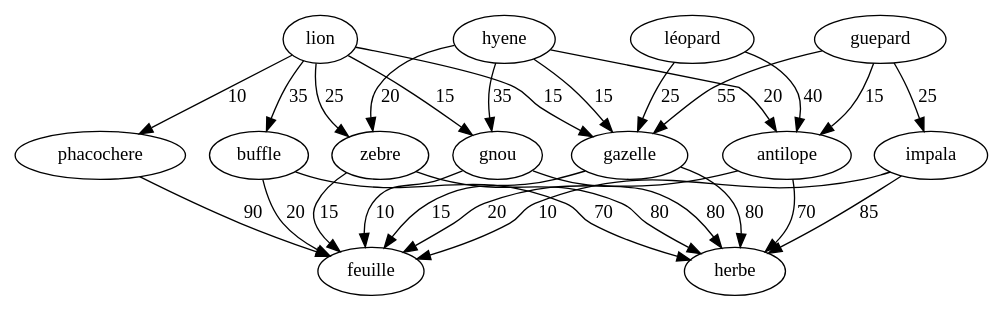
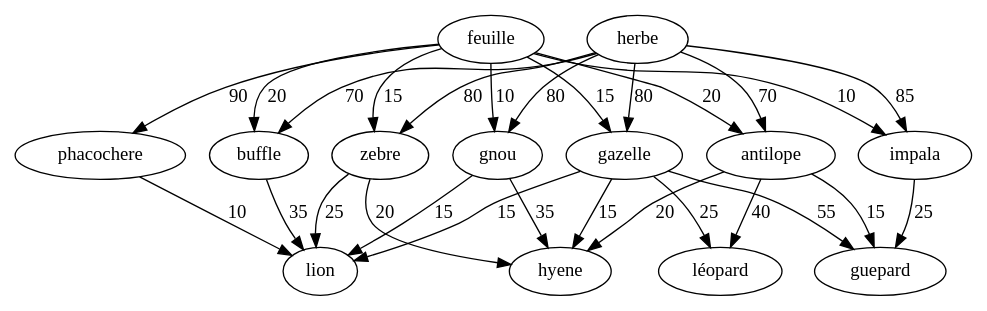
Before and after one commit to Thierryhuang12/projetTG: the diagram in projet_th/cmake-build-debug/graphe.dot, drawn with Graphviz. The commit also changed other lines of this file and 9 other files, not shown here.

```diff
--- a/projet_th/cmake-build-debug/graphe.dot
+++ b/projet_th/cmake-build-debug/graphe.dot
@@ -1,29 +1,30 @@
 digraph mongraphe {
-lion -> phacochere [label="10"];
-lion -> buffle [label="35"];
-lion -> zebre [label="25"];
-lion -> gnou [label="15"];
-lion -> gazelle [label="15"];
-léopard -> antilope [label="40"];
-léopard -> gazelle [label="25"];
-guepard -> gazelle [label="55"];
-guepard -> impala [label="25"];
-guepard -> antilope [label="15"];
-hyene -> gnou [label="35"];
-hyene -> zebre [label="20"];
-hyene -> gazelle [label="15"];
-hyene -> antilope [label="20"];
-phacochere -> feuille [label="90"];
-gazelle -> herbe [label="80"];
-gazelle -> feuille [label="15"];
-zebre -> herbe [label="80"];
-zebre -> feuille [label="15"];
-gnou -> herbe [label="80"];
-gnou -> feuille [label="10"];
-antilope -> herbe [label="70"];
-antilope -> feuille [label="20"];
-impala -> herbe [label="85"];
-impala -> feuille [label="10"];
-buffle -> herbe [label="70"];
-buffle -> feuille [label="20"];
+
+phacochere -> lion [label="10"];
+buffle -> lion [label="35"];
+zebre -> lion [label="25"];
+gnou -> lion [label="15"];
+gazelle -> lion [label="15"];
+antilope -> léopard [label="40"];
+gazelle -> léopard [label="25"];
+gazelle -> guepard [label="55"];
+impala -> guepard [label="25"];
+antilope -> guepard [label="15"];
+gnou -> hyene [label="35"];
+zebre -> hyene [label="20"];
+gazelle -> hyene [label="15"];
+antilope -> hyene [label="20"];
+feuille -> phacochere [label="90"];
+herbe -> gazelle [label="80"];
+feuille -> gazelle [label="15"];
+herbe -> zebre [label="80"];
+feuille -> zebre [label="15"];
+herbe -> gnou [label="80"];
+feuille -> gnou [label="10"];
+herbe -> antilope [label="70"];
+feuille -> antilope [label="20"];
+herbe -> impala [label="85"];
+feuille -> impala [label="10"];
+herbe -> buffle [label="70"];
+feuille -> buffle [label="20"];
 }
```
